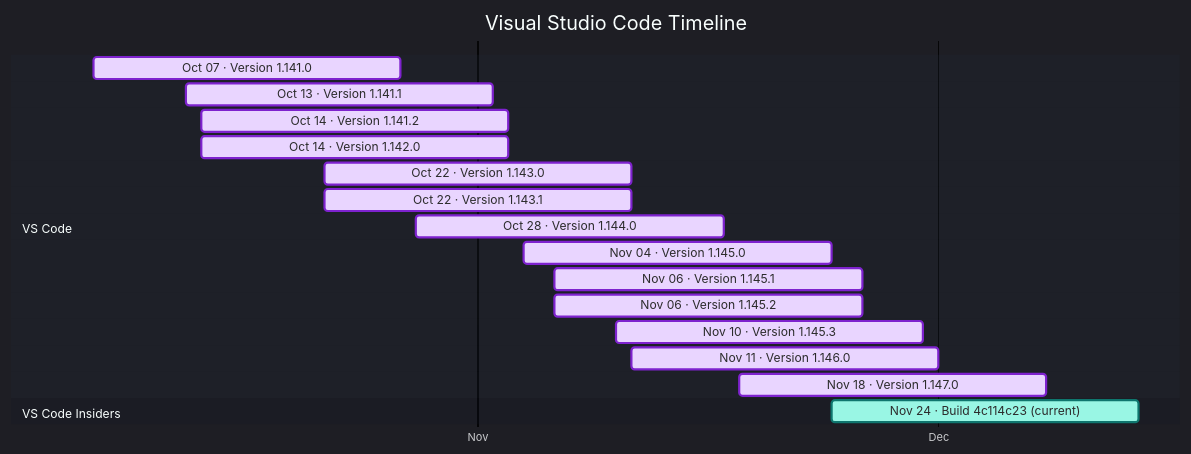
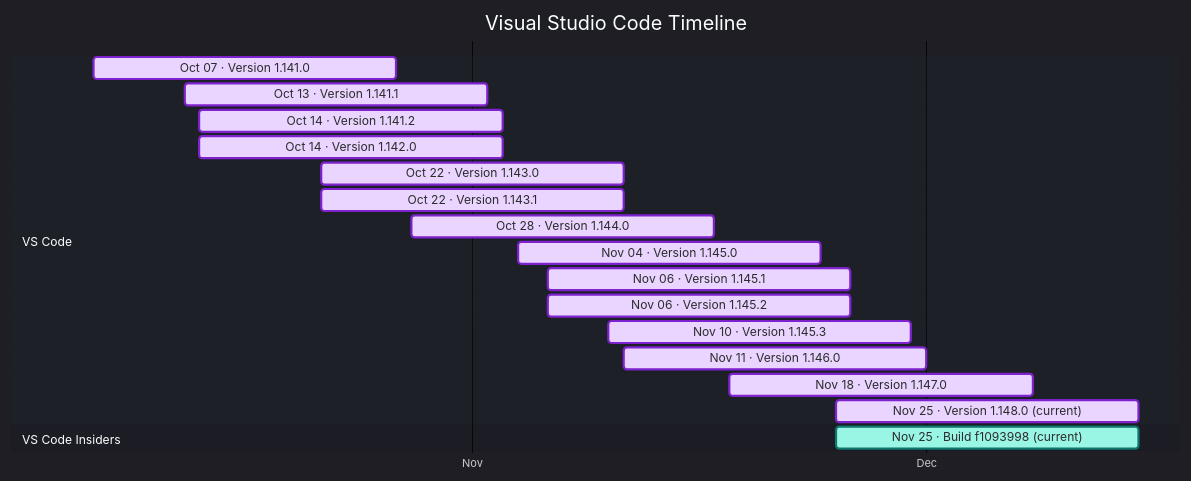
Before and after one commit to Oxelya-DevTools/VisualStudioUpdate: the diagram in docs/vscode.md, drawn with Mermaid. The commit also changed other lines of this file and 1 other file, not shown here.

````diff
--- a/docs/vscode.md
+++ b/docs/vscode.md
@@ -9,24 +9,25 @@
 ```mermaid
 %%{init: {'theme':'dark','themeVariables': { 'fontFamily': 'Segoe UI', 'fontSize': '24px', 'textColor': '#F3F4F6', 'titleTextColor': '#FFFFFF', 'taskTextColor': '#111827', 'taskTextLightColor': '#111827', 'taskTextOutsideColor': '#F3F4F6', 'taskBkgColor': '#BAE6FD', 'taskBorderColor': '#0369A1', 'doneTaskBkgColor': '#E9D5FF', 'doneTaskBorderColor': '#7E22CE', 'activeTaskBkgColor': '#99F6E4', 'activeTaskBorderColor': '#0F766E', 'critTaskBkgColor': '#FED7AA', 'critTaskBorderColor': '#C2410C', 'sectionBkgColor': '#1F2937', 'altSectionBkgColor': '#111827', 'gridColor': '#4B5563', 'todayLineColor': '#F87171' }}}%%
 gantt
     title Visual Studio Code Timeline
     dateFormat  YYYY-MM-DD
     axisFormat  %b
     tickInterval 1month
     section VS Code
     Oct 07 · Version 1.141.0 : done, vscode202610070, 2026-10-07, 20d
     Oct 13 · Version 1.141.1 : done, vscode202610131, 2026-10-13, 20d
     Oct 14 · Version 1.141.2 : done, vscode202610142, 2026-10-14, 20d
     Oct 14 · Version 1.142.0 : done, vscode202610143, 2026-10-14, 20d
     Oct 22 · Version 1.143.0 : done, vscode202610224, 2026-10-22, 20d
     Oct 22 · Version 1.143.1 : done, vscode202610225, 2026-10-22, 20d
     Oct 28 · Version 1.144.0 : done, vscode202610286, 2026-10-28, 20d
     Nov 04 · Version 1.145.0 : done, vscode202611047, 2026-11-04, 20d
     Nov 06 · Version 1.145.1 : done, vscode202611068, 2026-11-06, 20d
     Nov 06 · Version 1.145.2 : done, vscode202611069, 2026-11-06, 20d
     Nov 10 · Version 1.145.3 : done, vscode2026111010, 2026-11-10, 20d
     Nov 11 · Version 1.146.0 : done, vscode2026111111, 2026-11-11, 20d
     Nov 18 · Version 1.147.0 : done, vscode2026111812, 2026-11-18, 20d
+    Nov 25 · Version 1.148.0 (current) : done, vscode2026112513, 2026-11-25, 20d
     section VS Code Insiders
-    Nov 24 · Build 4c114c23 (current) : active, vscodeinsiders202611240, 2026-11-24, 20d
+    Nov 25 · Build f1093998 (current) : active, vscodeinsiders202611250, 2026-11-25, 20d
 ```
````
